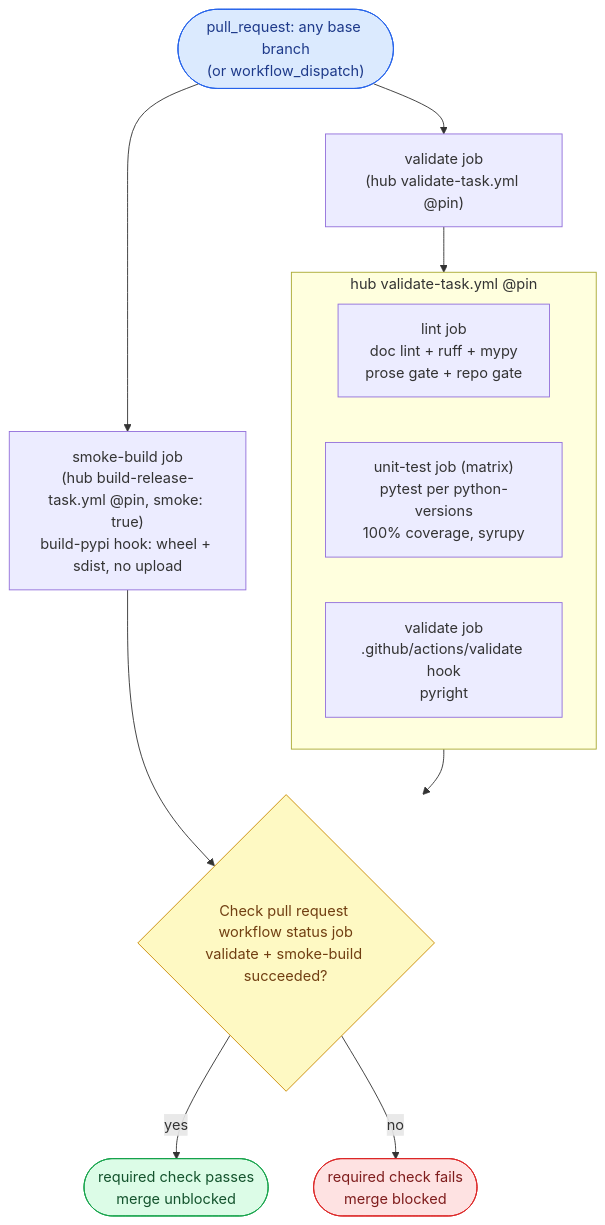
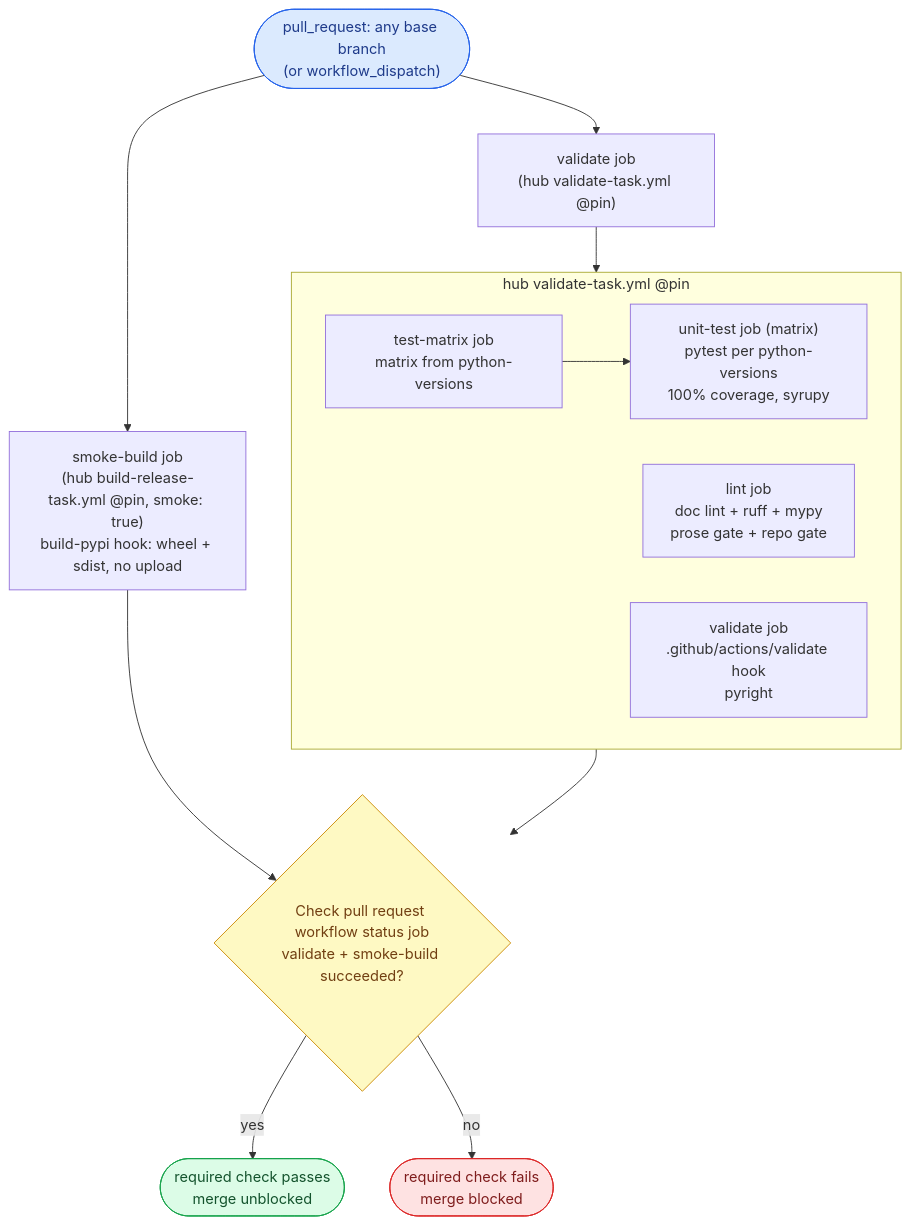
The first of 3 diagrams in WORKFLOW.md (ptr727/aiopurpleair), drawn with Mermaid before and after one commit. The commit also changed other lines of this file, not shown here.

````diff
--- a/WORKFLOW.md
+++ b/WORKFLOW.md
@@ -112,20 +112,22 @@
 ```mermaid
 flowchart TD
     T(["pull_request: any base branch<br/>(or workflow_dispatch)"]):::trig
     T --> V["validate job<br/>(hub validate-task.yml @pin)"]
     T --> SB["smoke-build job<br/>(hub build-release-task.yml @pin, smoke: true)<br/>build-pypi hook: wheel + sdist, no upload"]
     subgraph VT ["hub validate-task.yml @pin"]
+        TM["test-matrix job<br/>matrix from python-versions"]
         LN["lint job<br/>doc lint + ruff + mypy<br/>prose gate + repo gate"]
         TS["unit-test job (matrix)<br/>pytest per python-versions<br/>100% coverage, syrupy"]
         VH["validate job<br/>.github/actions/validate hook<br/>pyright"]
     end
+    TM --> TS
     V --> VT
     VT --> A{"Check pull request workflow status job<br/>validate + smoke-build succeeded?"}:::gate
     SB --> A
     A -- "yes" --> G(["required check passes<br/>merge unblocked"]):::pub
     A -- "no" --> R(["required check fails<br/>merge blocked"]):::stop
     classDef trig fill:#dbeafe,stroke:#2563eb,color:#1e3a8a
     classDef gate fill:#fef9c3,stroke:#ca8a04,color:#713f12
     classDef pub fill:#dcfce7,stroke:#16a34a,color:#14532d
     classDef stop fill:#fee2e2,stroke:#dc2626,color:#7f1d1d
 ```
````
